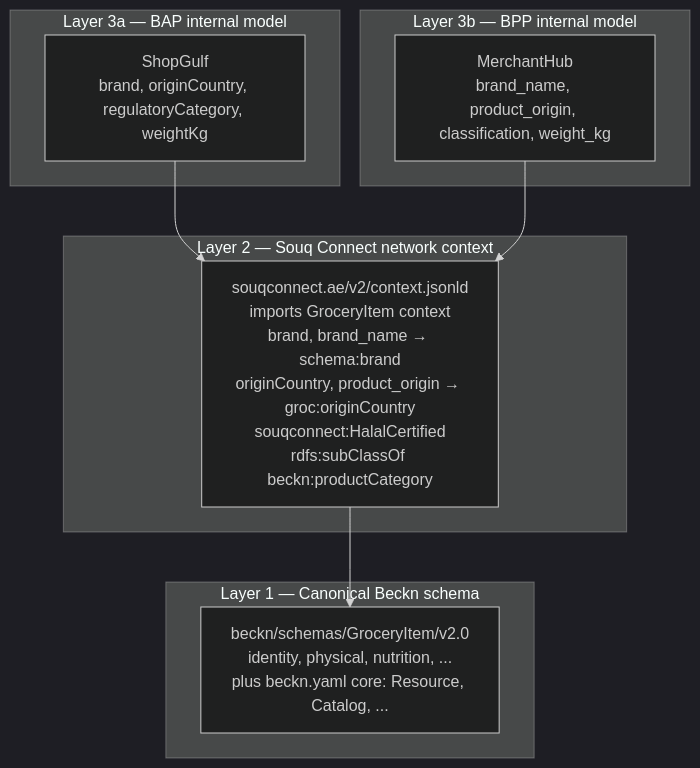
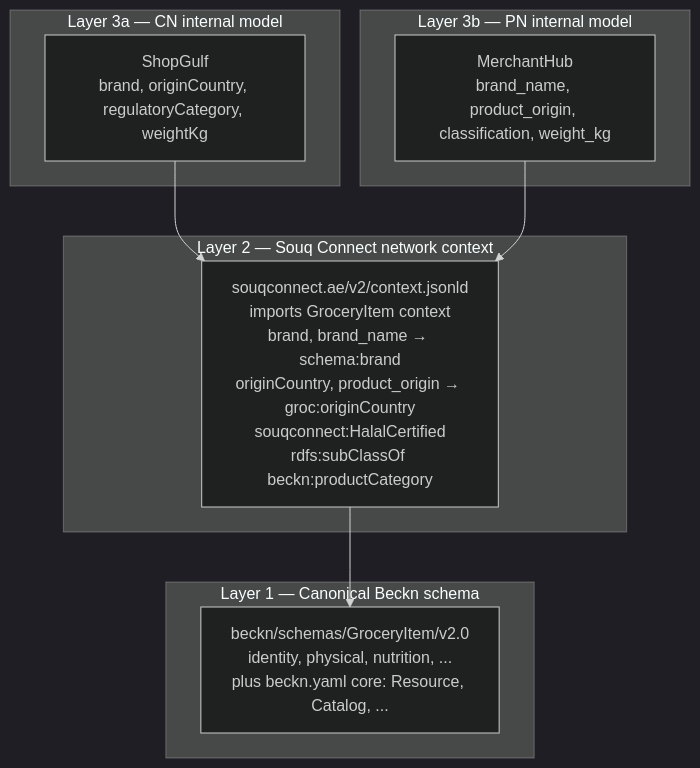
The second of 3 diagrams in docs/Schema_Design_Guide.md (louislarry/protocol-specifications-v2), drawn with Mermaid (dark theme) before and after one commit. The commit also changed other lines of this file and 8 other files, not shown here.

First line of the commit message:
Rename BAP/BPP terminology to Consumer Node (CN) / Provider Node (PN)

````diff
--- a/docs/Schema_Design_Guide.md
+++ b/docs/Schema_Design_Guide.md
@@ -1082,18 +1082,18 @@
 ```mermaid
 flowchart TB
     subgraph Global[Layer 1 — Canonical Beckn schema]
         G["beckn/schemas/GroceryItem/v2.0<br/>identity, physical, nutrition, ...<br/>plus beckn.yaml core: Resource, Catalog, ..."]
     end
     subgraph Region[Layer 2 — Souq Connect network context]
         R["souqconnect.ae/v2/context.jsonld<br/>imports GroceryItem context<br/>brand, brand_name → schema:brand<br/>originCountry, product_origin → groc:originCountry<br/>souqconnect:HalalCertified<br/>rdfs:subClassOf beckn:productCategory"]
     end
-    subgraph BAP_local[Layer 3a — BAP internal model]
-        BAP["ShopGulf<br/>brand, originCountry, regulatoryCategory, weightKg"]
+    subgraph CN_local[Layer 3a — CN internal model]
+        CN["ShopGulf<br/>brand, originCountry, regulatoryCategory, weightKg"]
     end
-    subgraph BPP_local[Layer 3b — BPP internal model]
-        BPP["MerchantHub<br/>brand_name, product_origin, classification, weight_kg"]
+    subgraph BPP_local[Layer 3b — PN internal model]
+        PN["MerchantHub<br/>brand_name, product_origin, classification, weight_kg"]
     end
     R --> G
-    BAP --> R
-    BPP --> R
+    CN --> R
+    PN --> R
 ```
````
